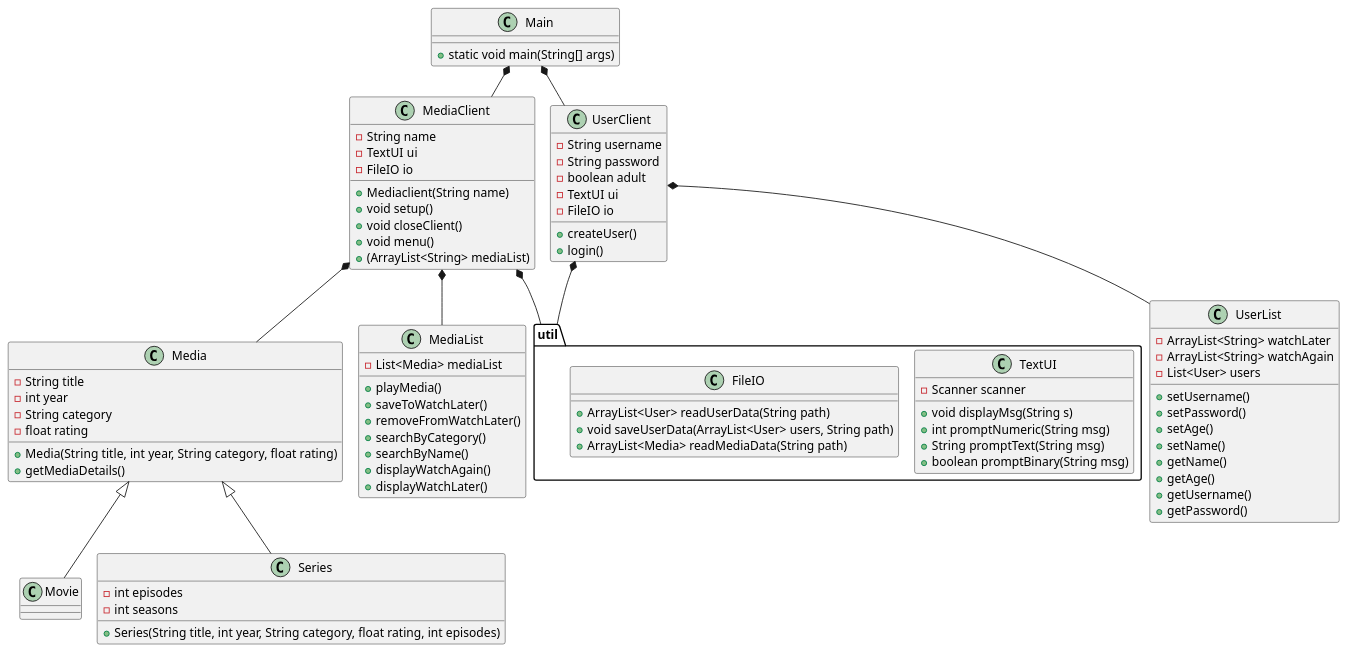
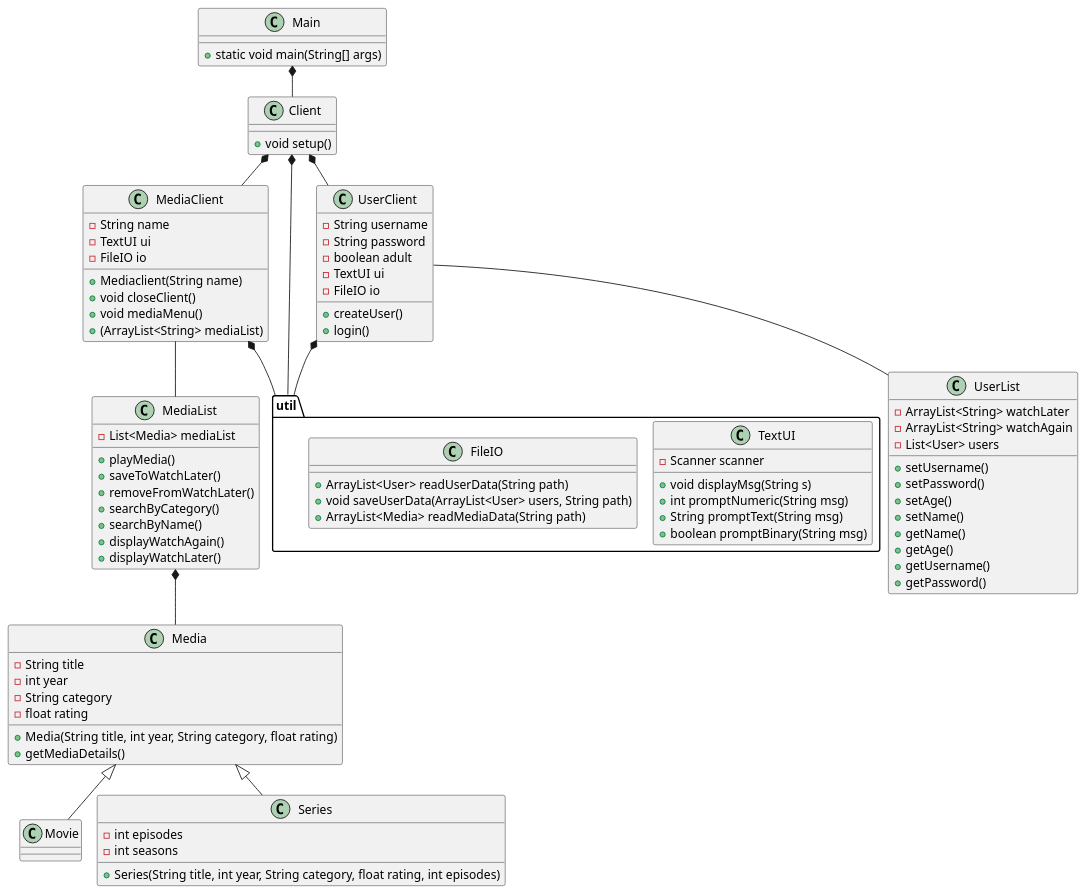
Before and after one commit to b-rino/SP3: the diagram in docs/classdiagram_v0.puml, drawn with PlantUML.

Commit message:
classdiagram updated

```diff
--- a/docs/classdiagram_v0.puml
+++ b/docs/classdiagram_v0.puml
@@ -1,109 +1,113 @@
 @startuml
 !pragma layout smetana
 
 class Main{
 + static void main(String[] args)
+}
+
+class Client{
++void setup()
 }
 
 class Media{
 - String title
 - int year
 - String category
 - float rating
 +Media(String title, int year, String category, float rating)
 +getMediaDetails()
 
 
 }
 
 class MediaClient{
 -String name
 -TextUI ui
 -FileIO io
 +Mediaclient(String name)
-+void setup()
 +void closeClient()
-+void menu()
++void mediaMenu()
 +(ArrayList<String> mediaList)
 
 }
 class MediaList{
 -List<Media> mediaList
 +playMedia()
 +saveToWatchLater()
 +removeFromWatchLater()
 +searchByCategory()
 +searchByName()
 +displayWatchAgain()
 +displayWatchLater()
 }
 
 class UserList{
 +setUsername()
 +setPassword()
 +setAge()
 +setName()
 +getName()
 +getAge()
 +getUsername()
 +getPassword()
 -ArrayList<String> watchLater
 -ArrayList<String> watchAgain
 -List<User> users
 }
 
 
 class Movie{
 }
 
 class Series{
 - int episodes
 - int seasons
 +Series(String title, int year, String category, float rating, int episodes)
 }
 
 
 class UserClient{
 -String username
 -String password
 -boolean adult
 -TextUI ui
 -FileIO io
 +createUser()
 +login()
 
-
 '+logout()
 }
 
 
 package "util" {
 class TextUI{
 - Scanner scanner
 
 +void displayMsg(String s)
 +int promptNumeric(String msg)
 +String promptText(String msg)
 +boolean promptBinary(String msg)
 }
 class FileIO{
 '+void addMediaToFile(Media media, String path)
 '+void removeMediaFromFile(Media media, String path)
 +ArrayList<User> readUserData(String path)
 +void saveUserData(ArrayList<User> users, String path)
 +ArrayList<Media> readMediaData(String path)
 '+void saveMediaData
 }
 }
 
-MediaClient *-- Media
+MediaList *-- Media
 Media<|--Series
 Media <|-- Movie
-Main *-- MediaClient
+Client *-- MediaClient
 MediaClient *-- "util"
-MediaClient *-- MediaList
-Main *-- UserClient
-UserClient *-- UserList
+MediaClient -- MediaList
+Client *-- UserClient
+UserClient -- UserList
 UserClient *--"util"
+Main *-- Client
+Client *-- "util"
 
 @enduml
```
